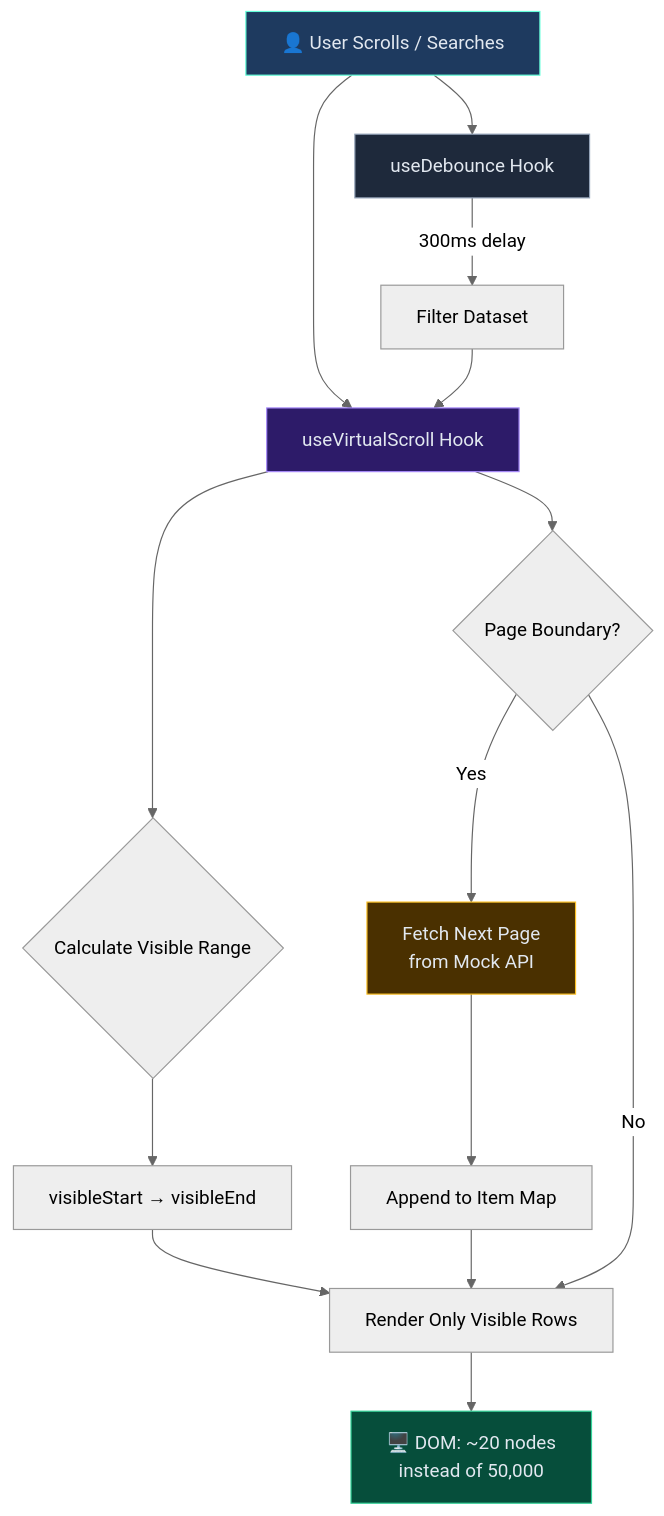
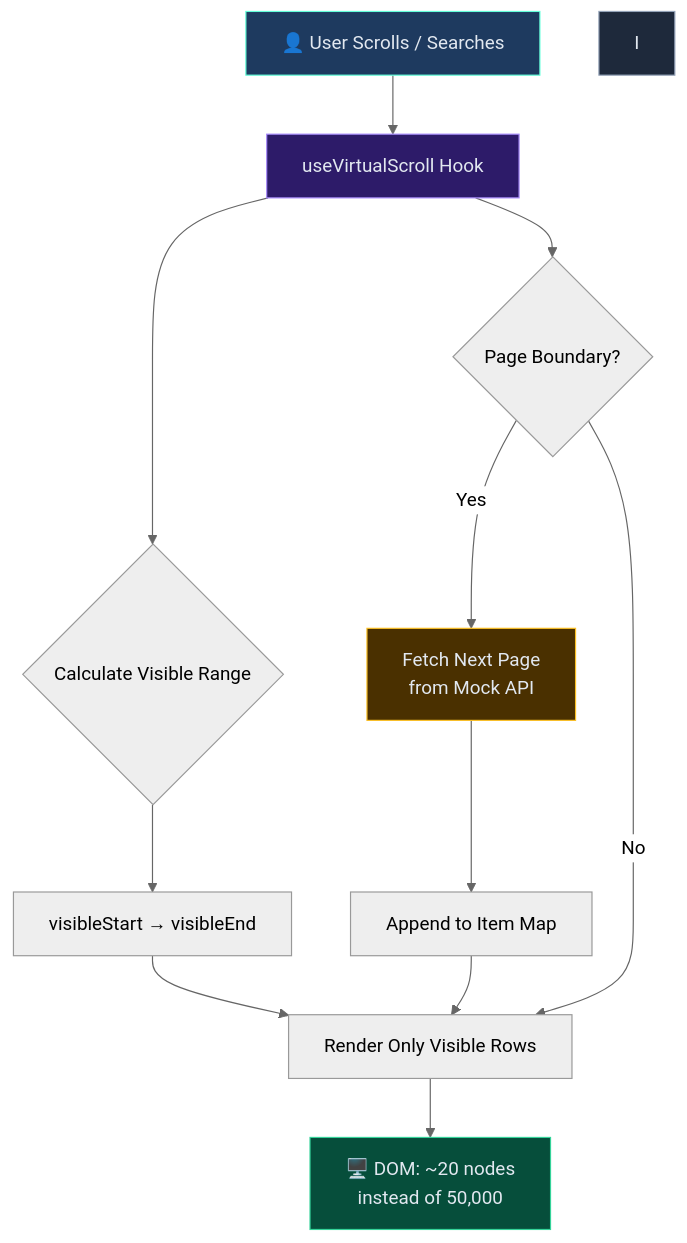
Before and after one commit to reethika-amrish/react-virtual-scroll-demo: the diagram in README.md, drawn with Mermaid (neutral theme). The commit also changed other lines of this file and 2 other files, not shown here.

````diff
--- a/README.md
+++ b/README.md
@@ -21,25 +19,21 @@
 ```mermaid
 graph TD
     A[👤 User Scrolls / Searches] --> B[useVirtualScroll Hook]
     B --> C{Calculate Visible Range}
     C --> D[visibleStart → visibleEnd]
     D --> E[Render Only Visible Rows]
     
     B --> F{Page Boundary?}
     F -->|Yes| G[Fetch Next Page<br/>from Mock API]
     G --> H[Append to Item Map]
     H --> E
     F -->|No| E
 
-    A --> I[useDebounce Hook]
-    I -->|300ms delay| J[Filter Dataset]
-    J --> B
-
     E --> K[🖥️ DOM: ~20 nodes<br/>instead of 50,000]
 
     style A fill:#1e3a5f,stroke:#64ffda,color:#e2e8f0
     style B fill:#2d1b69,stroke:#a78bfa,color:#e2e8f0
     style G fill:#4a3000,stroke:#fbbf24,color:#e2e8f0
     style K fill:#064e3b,stroke:#34d399,color:#e2e8f0
     style I fill:#1e293b,stroke:#94a3b8,color:#e2e8f0
 ```
````
